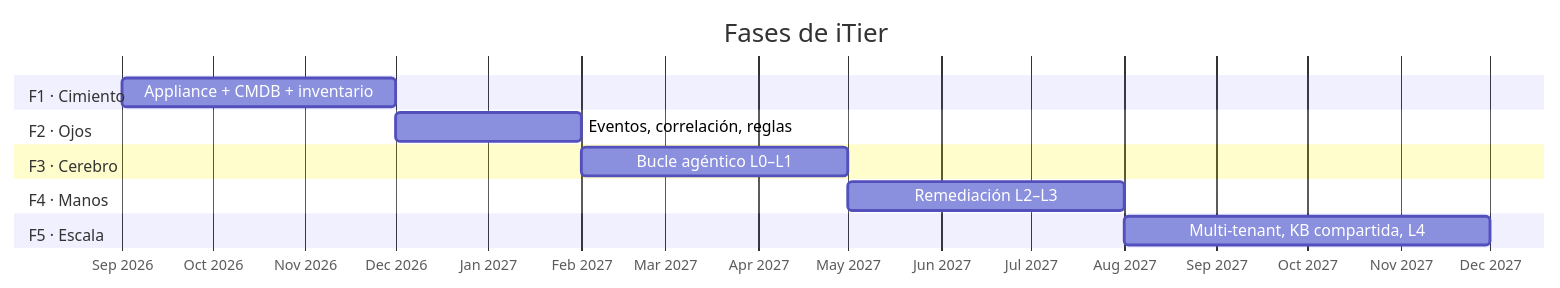
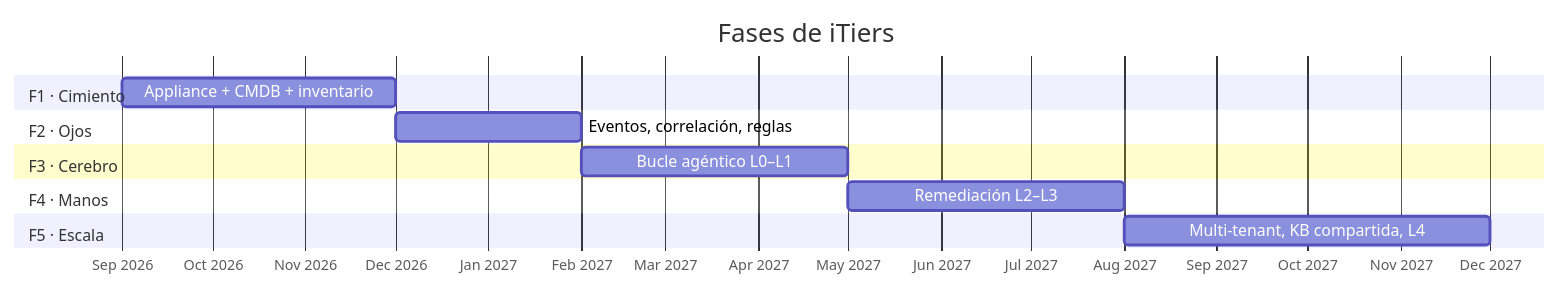
The diagram in docs/06-roadmap.md (pel-matiasvaldivia/itier), drawn with Mermaid before and after one commit. The commit also changed other lines of this file and 122 other files, not shown here.

First line of the commit message:
Marca: iTier pasa a iTiers (textos visibles, logos, guía, manual, landing, docs); se conservan los nombres técnicos ya desplegados (grupos iTier/<cliente> en Zabbix, rutas de Windows, variables ITIER_*)

````diff
--- a/docs/06-roadmap.md
+++ b/docs/06-roadmap.md
@@ -5,17 +5,17 @@
 ```mermaid
 gantt
     dateFormat YYYY-MM
     axisFormat %b %Y
-    title Fases de iTier
+    title Fases de iTiers
 
     section F1 · Cimiento
     Appliance + CMDB + inventario     :f1, 2026-09, 3M
     section F2 · Ojos
     Eventos, correlación, reglas      :f2, after f1, 2M
     section F3 · Cerebro
     Bucle agéntico L0–L1              :f3, after f2, 3M
     section F4 · Manos
     Remediación L2–L3                 :f4, after f3, 3M
     section F5 · Escala
     Multi-tenant, KB compartida, L4   :f5, after f4, 4M
 ```
````
